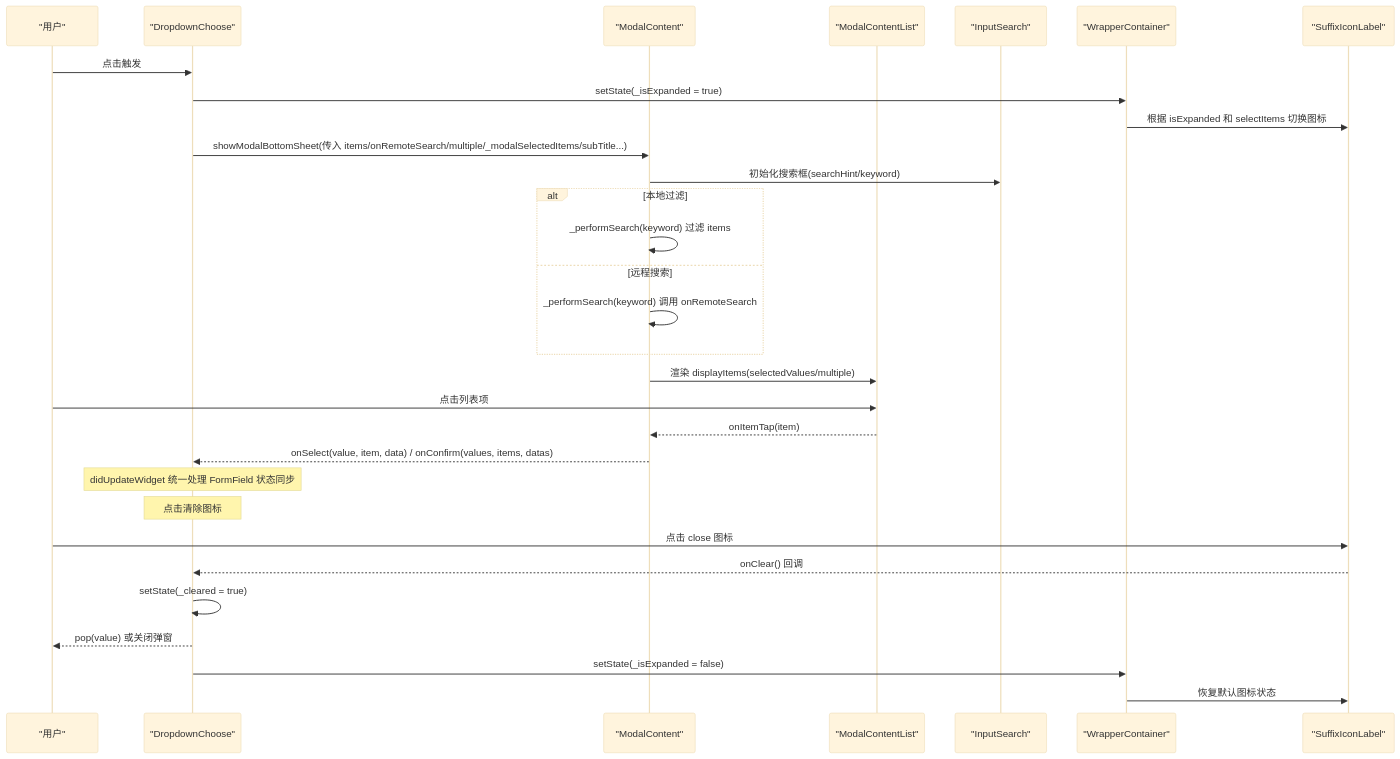
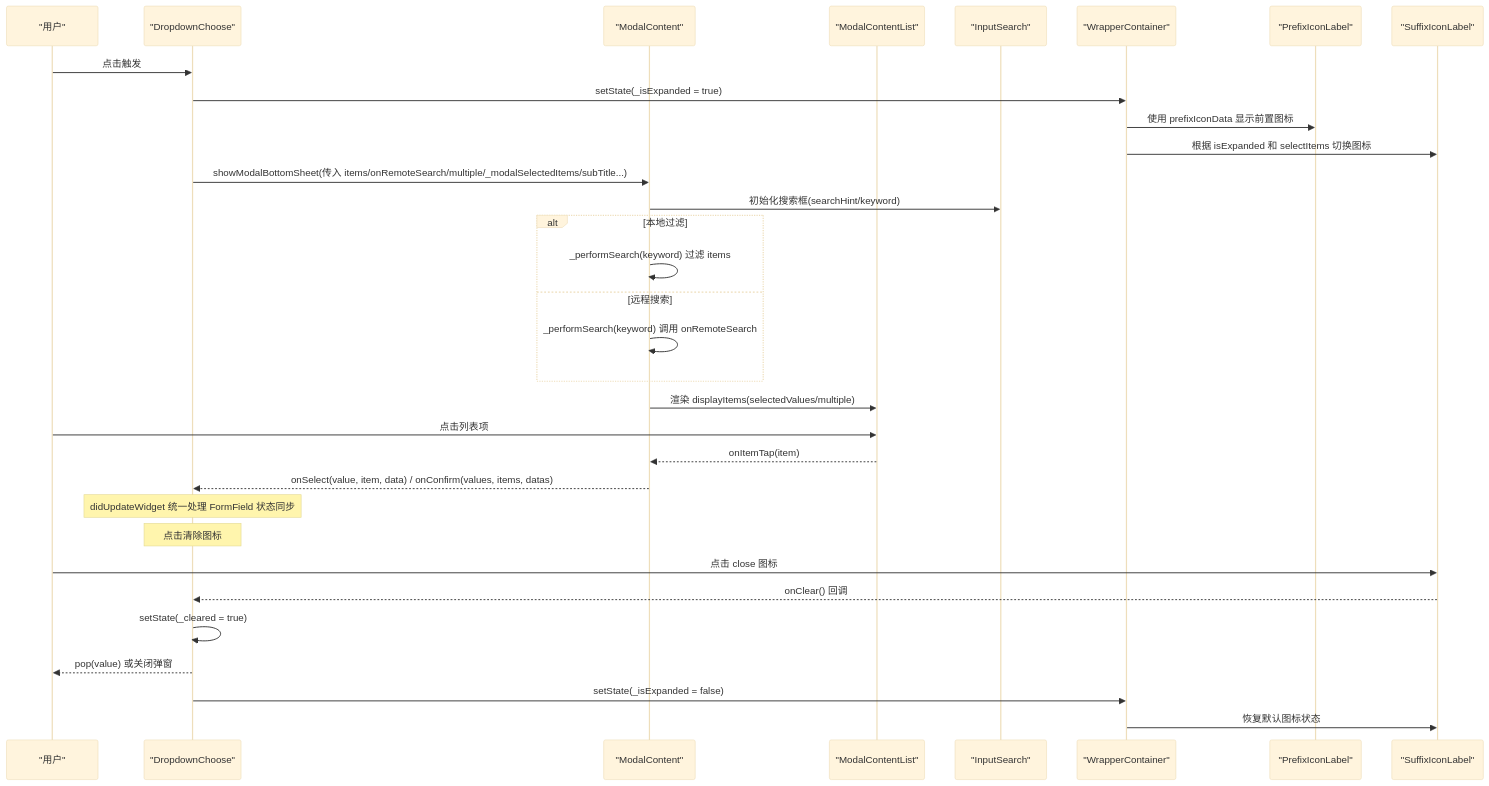
Before and after one commit to yuzhido/lite-ui: the second of 3 diagrams in .qoder/repowiki/zh/content/API 参考/高级组件 API/DropdownChoose 下拉选择器 API.md, drawn with Mermaid (base theme). The commit also changed other lines of this file and 14 other files, not shown here.

````diff
--- a/.qoder/repowiki/zh/content/API 参考/高级组件 API/DropdownChoose 下拉选择器 API.md
+++ b/.qoder/repowiki/zh/content/API 参考/高级组件 API/DropdownChoose 下拉选择器 API.md
@@ -97,32 +101,34 @@
 ```mermaid
 sequenceDiagram
 participant U as "用户"
 participant DC as "DropdownChoose"
 participant MC as "ModalContent"
 participant L as "ModalContentList"
 participant S as "InputSearch"
 participant W as "WrapperContainer"
+participant P as "PrefixIconLabel"
 participant I as "SuffixIconLabel"
 U->>DC : 点击触发
 DC->>W : setState(_isExpanded = true)
+W->>P : 使用 prefixIconData 显示前置图标
 W->>I : 根据 isExpanded 和 selectItems 切换图标
 DC->>MC : showModalBottomSheet(传入 items/onRemoteSearch/multiple/_modalSelectedItems/subTitle...)
 MC->>S : 初始化搜索框(searchHint/keyword)
 alt 本地过滤
 MC->>MC : _performSearch(keyword) 过滤 items
 else 远程搜索
 MC->>MC : _performSearch(keyword) 调用 onRemoteSearch
 end
 MC->>L : 渲染 displayItems(selectedValues/multiple)
 U->>L : 点击列表项
 L-->>MC : onItemTap(item)
 MC-->>DC : onSelect(value, item, data) / onConfirm(values, items, datas)
 Note over DC : didUpdateWidget 统一处理 FormField 状态同步
 Note over DC : 点击清除图标
 U->>I : 点击 close 图标
 I-->>DC : onClear() 回调
 DC->>DC : setState(_cleared = true)
 DC-->>U : pop(value) 或关闭弹窗
 DC->>W : setState(_isExpanded = false)
 W->>I : 恢复默认图标状态
 ```
````
